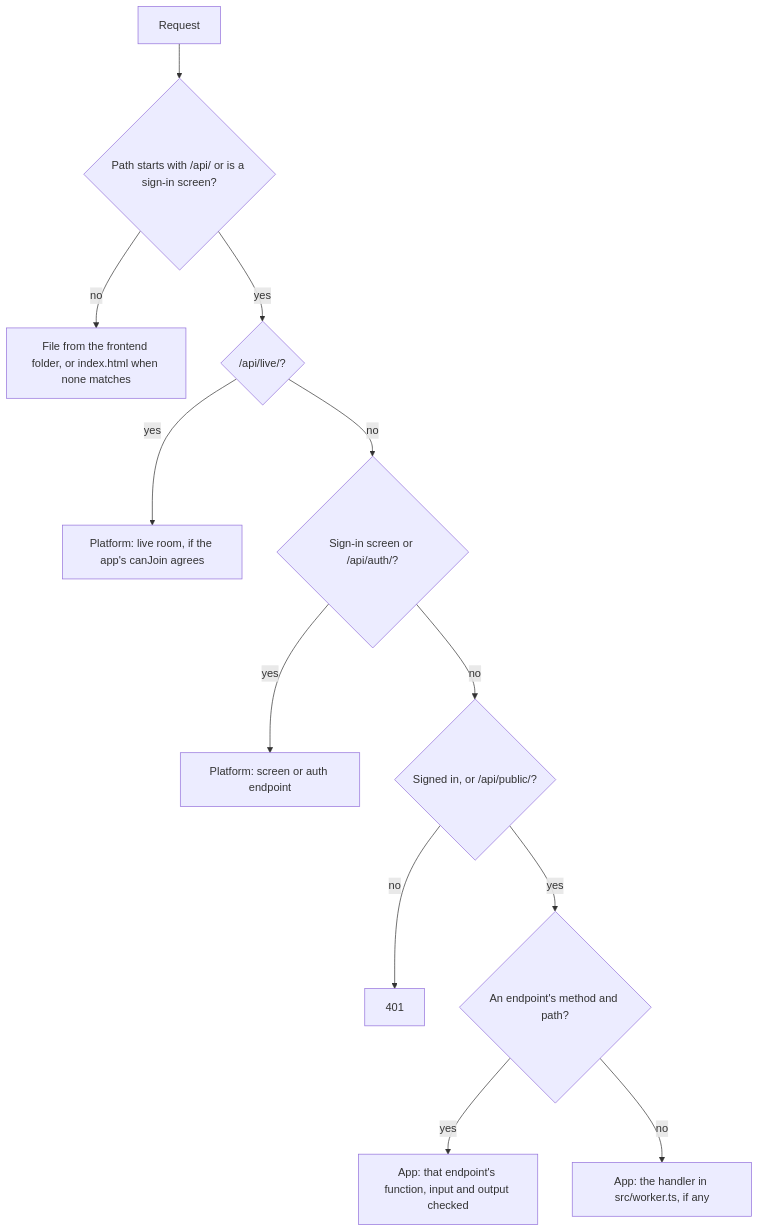
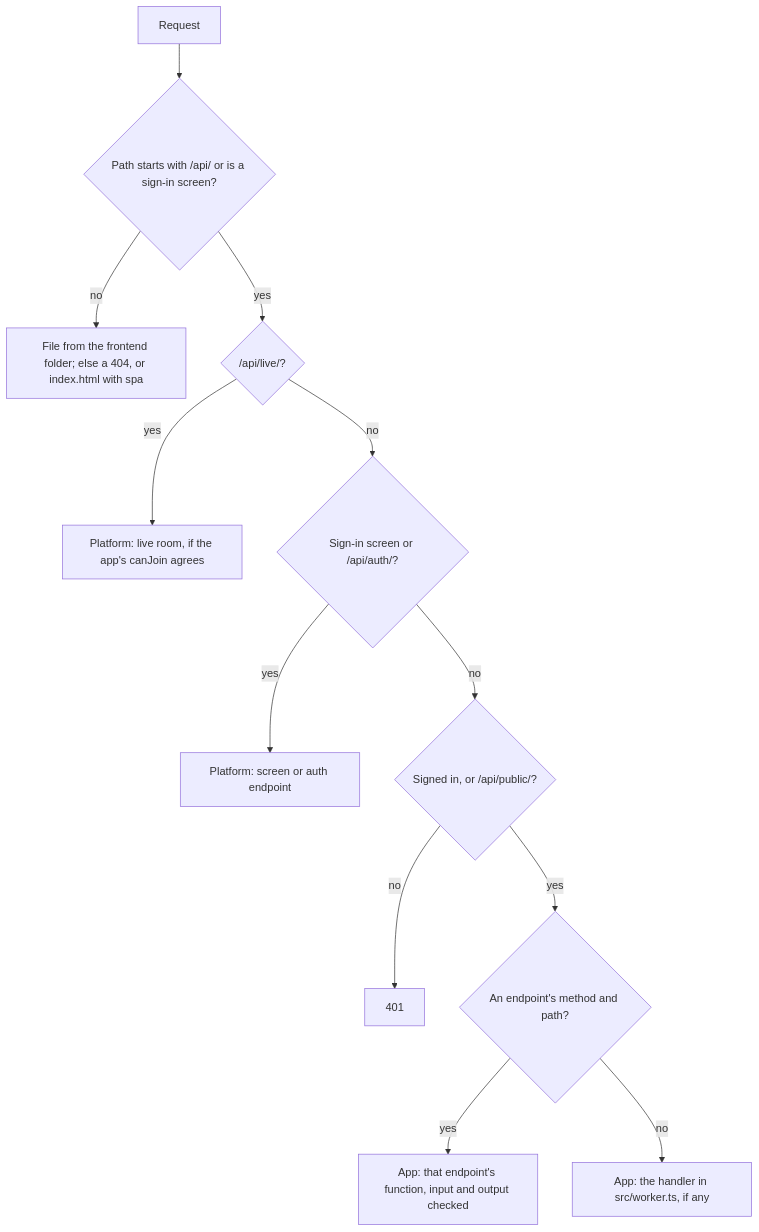
Before and after one commit to celsoft-com/platform: the first of 2 diagrams in docs/how-it-works.md, drawn with Mermaid. The commit also changed other lines of this file and 17 other files, not shown here.

````diff
--- a/docs/how-it-works.md
+++ b/docs/how-it-works.md
@@ -47,14 +47,14 @@
 ```mermaid
 flowchart TD
   R[Request] --> A{Path starts with /api/ or is a sign-in screen?}
-  A -- no --> S[File from the frontend folder, or index.html when none matches]
+  A -- no --> S[File from the frontend folder; else a 404, or index.html with spa]
   A -- yes --> L{/api/live/?}
   L -- yes --> LR[Platform: live room, if the app's canJoin agrees]
   L -- no --> P{Sign-in screen or /api/auth/?}
   P -- yes --> PA[Platform: screen or auth endpoint]
   P -- no --> G{Signed in, or /api/public/?}
   G -- no --> X[401]
   G -- yes --> E{An endpoint's method and path?}
   E -- yes --> EP[App: that endpoint's function, input and output checked]
   E -- no --> H[App: the handler in src/worker.ts, if any]
 ```
````
